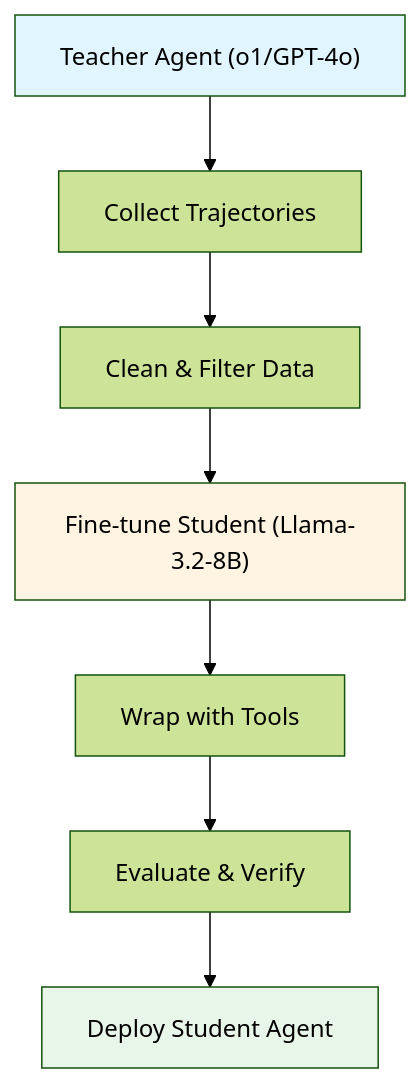
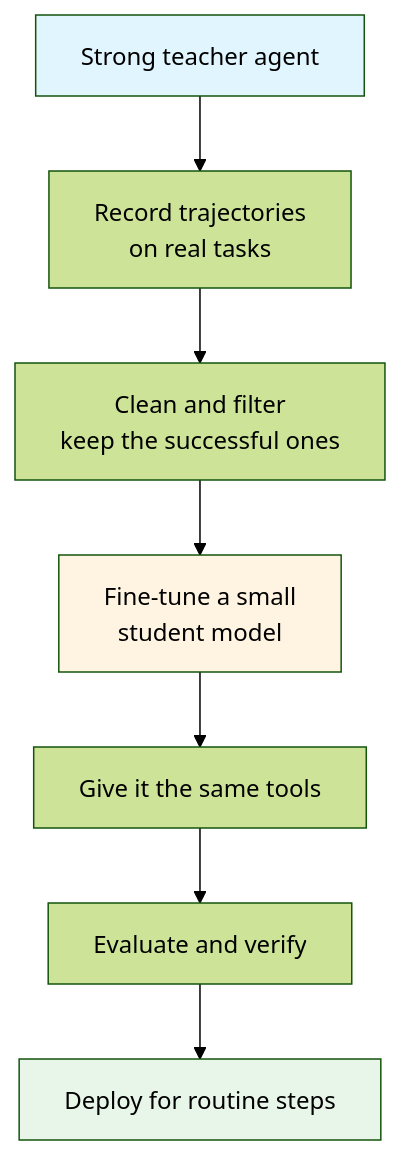
One commit to gopikrishtummala/gopikrishtummala.github.io changed the fourth of 4 diagrams in src/data/blog/agentic-ai/agentic-ai-design-patterns-part-2.md. Above: the diagram before and after it, drawn with Mermaid (forest theme). The commit also changed other lines of this file and 8 other files, not shown here.

````diff
--- a/src/data/blog/agentic-ai/agentic-ai-design-patterns-part-2.md
+++ b/src/data/blog/agentic-ai/agentic-ai-design-patterns-part-2.md
@@ -744,13 +147,12 @@
 ```mermaid
 flowchart TD
-    A["Teacher Agent (o1/GPT-4o)"] --> B["Collect Trajectories"]
-    B --> C["Clean & Filter Data"]
-    C --> D["Fine-tune Student (Llama-3.2-8B)"]
-    D --> E["Wrap with Tools"]
-    E --> F["Evaluate & Verify"]
-    F --> G["Deploy Student Agent"]
-    
-    style A fill:#e1f5ff
-    style D fill:#fff4e1
-    style G fill:#e8f5e9
+  A["Strong teacher agent"] --> B["Record trajectories<br/>on real tasks"]
+  B --> C["Clean and filter<br/>keep the successful ones"]
+  C --> D["Fine-tune a small<br/>student model"]
+  D --> E["Give it the same tools"]
+  E --> F["Evaluate and verify"]
+  F --> G["Deploy for routine steps"]
+  style A fill:#e1f5ff
+  style D fill:#fff4e1
+  style G fill:#e8f5e9
 ```
````
